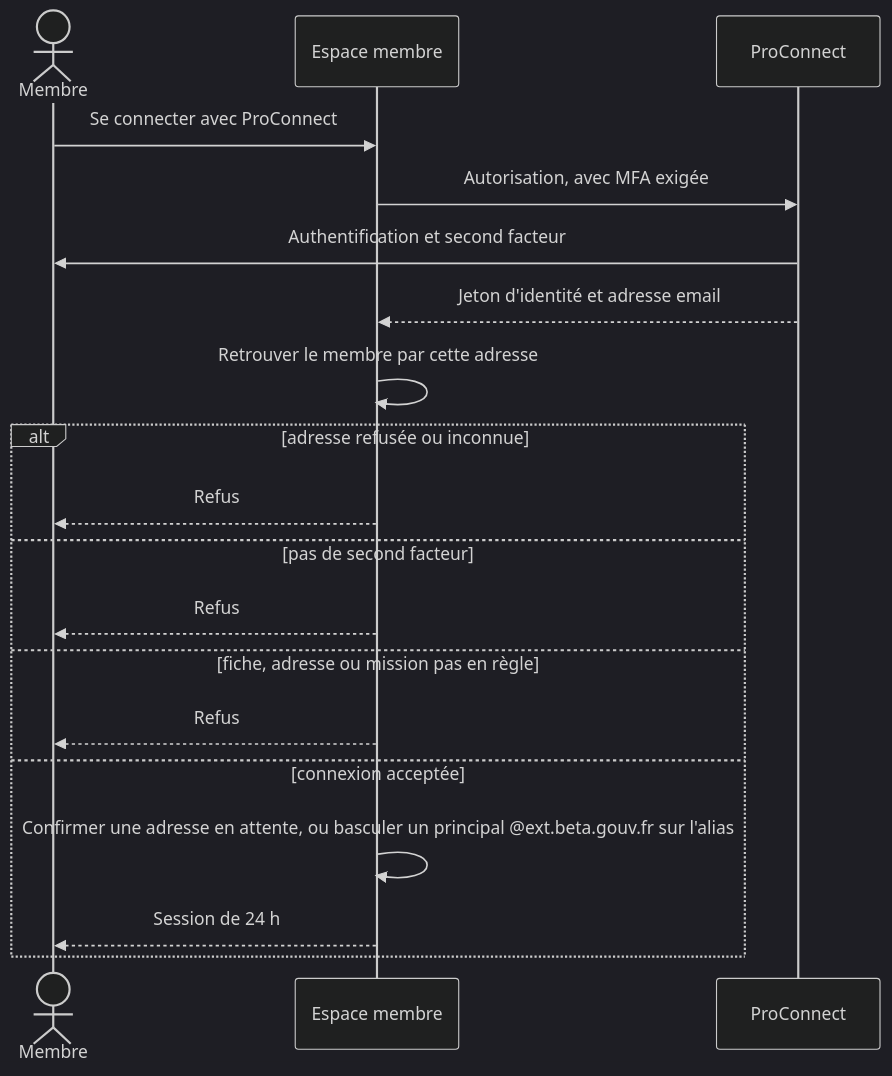
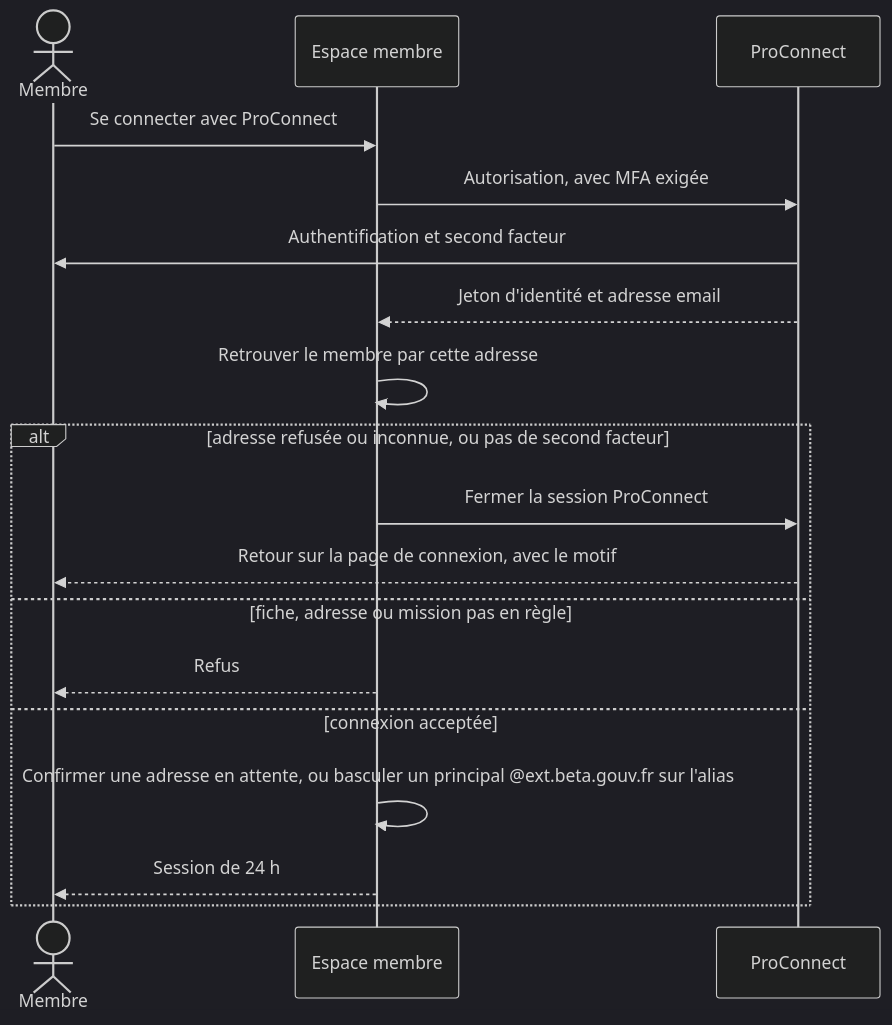
One commit to betagouv/espace-membre-next changed the second of 2 diagrams in connexion.md. Above: the diagram before and after it, drawn with Mermaid (dark theme). The commit also changed 7 other files, not shown here.

First line of the commit message:
fix(auth): fermer la session ProConnect après un refus et afficher le motif

````diff
--- a/connexion.md
+++ b/connexion.md
@@ -62,22 +62,21 @@
 ```mermaid
 sequenceDiagram
   actor M as Membre
   participant EM as Espace membre
   participant PC as ProConnect
 
   M->>EM: Se connecter avec ProConnect
   EM->>PC: Autorisation, avec MFA exigée
   PC->>M: Authentification et second facteur
   PC-->>EM: Jeton d'identité et adresse email
   EM->>EM: Retrouver le membre par cette adresse
-  alt adresse refusée ou inconnue
-    EM-->>M: Refus
-  else pas de second facteur
-    EM-->>M: Refus
+  alt adresse refusée ou inconnue, ou pas de second facteur
+    EM->>PC: Fermer la session ProConnect
+    PC-->>M: Retour sur la page de connexion, avec le motif
   else fiche, adresse ou mission pas en règle
     EM-->>M: Refus
   else connexion acceptée
     EM->>EM: Confirmer une adresse en attente, ou basculer un principal @ext.beta.gouv.fr sur l'alias
     EM-->>M: Session de 24 h
   end
 ```
````
